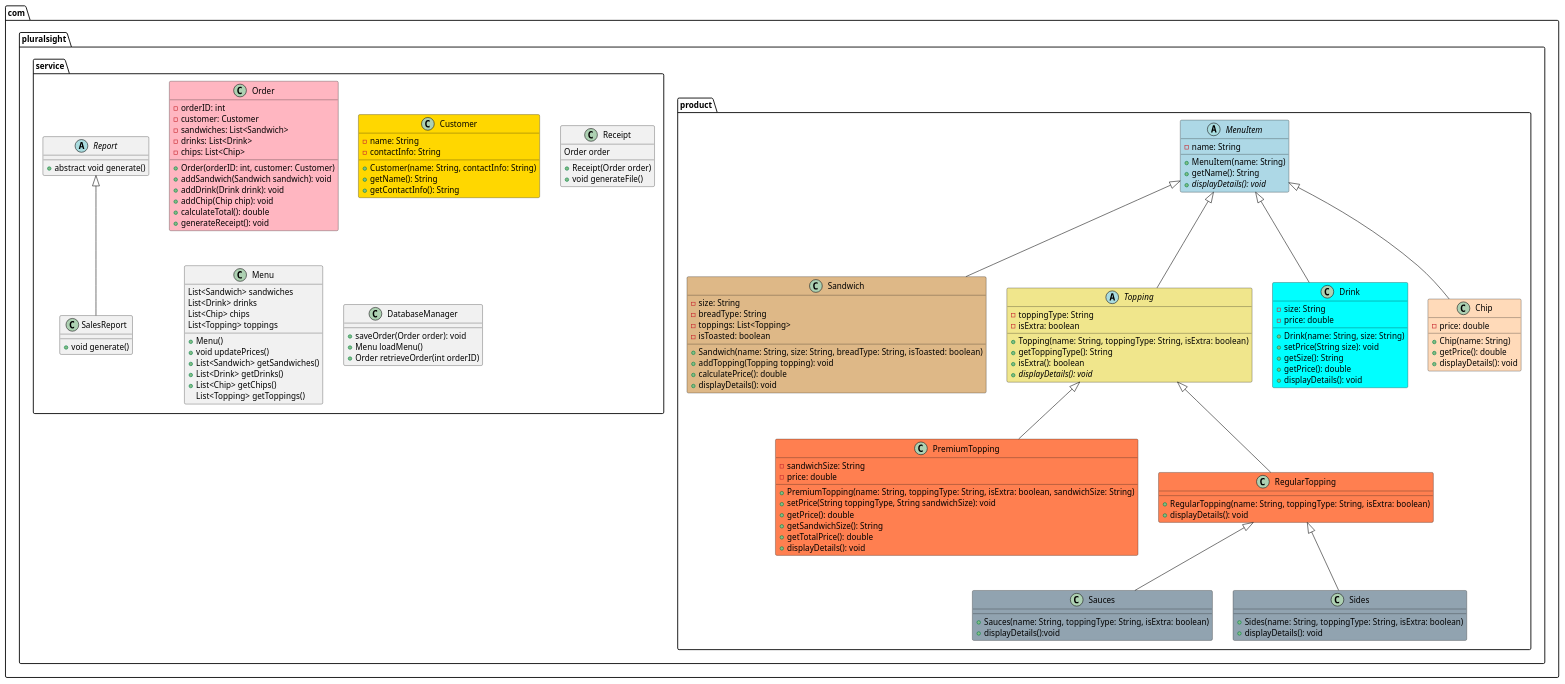
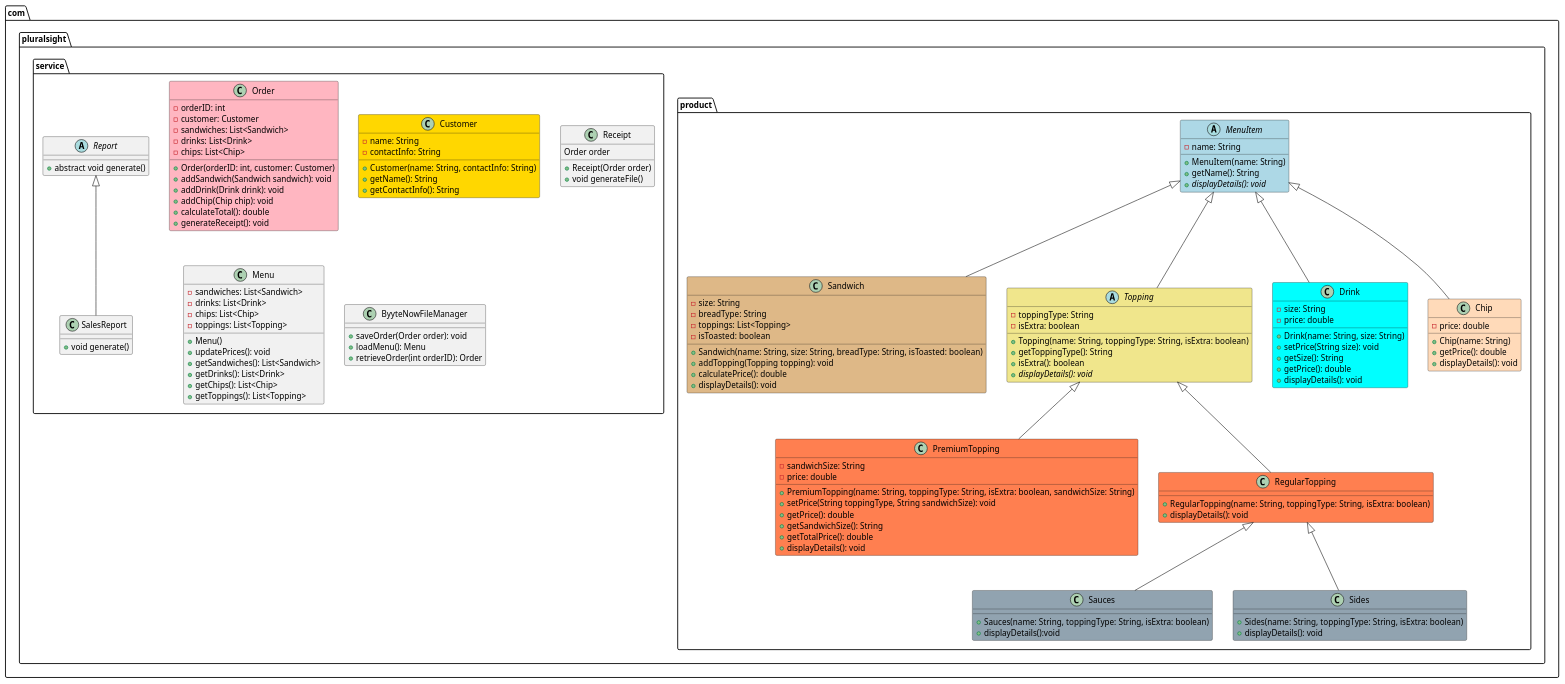
One commit to Ptunda/byyte-now changed the diagram in src/main/java/com/pluralsight/byyte-now.puml. Above: the diagram before and after it, drawn with PlantUML. The commit also changed 1 other file, not shown here.

Commit message:
Added customize method in the Sandwich class

```diff
--- a/src/main/java/com/pluralsight/byyte-now.puml
+++ b/src/main/java/com/pluralsight/byyte-now.puml
@@ -1,156 +1,156 @@
 @startuml
 package com.pluralsight{
 
 package com.pluralsight.product{
 
 abstract class MenuItem #lightblue{
 -name: String
 
 +MenuItem(name: String)
 +getName(): String
 +{abstract} displayDetails(): void
 
 }
 
 class Sandwich #DEB887 extends MenuItem{
 -size: String
 -breadType: String
 -toppings: List<Topping>
 -isToasted: boolean
 
 +Sandwich(name: String, size: String, breadType: String, isToasted: boolean)
 +addTopping(Topping topping): void
 +calculatePrice(): double
 +displayDetails(): void
 }
 
 abstract class Topping #F0E68C extends MenuItem {
 -toppingType: String
 -isExtra: boolean
 +Topping(name: String, toppingType: String, isExtra: boolean)
 +getToppingType(): String
 +isExtra(): boolean
 +{abstract} displayDetails(): void
 }
 
 class Drink #00FFFF extends MenuItem {
 -size: String
 -price: double
 
 +Drink(name: String, size: String)
 +setPrice(String size): void
 +getSize(): String
 +getPrice(): double
 +displayDetails(): void
 }
 
 class Chip #FFDAB9 extends MenuItem {
 -price: double
 
 +Chip(name: String)
 +getPrice(): double
 +displayDetails(): void
 }
 
 
 class PremiumTopping #FF7F50 extends Topping {
 -sandwichSize: String
 -price: double
 +PremiumTopping(name: String, toppingType: String, isExtra: boolean, sandwichSize: String)
 +setPrice(String toppingType, String sandwichSize): void
 +getPrice(): double
 +getSandwichSize(): String
 +getTotalPrice(): double
 +displayDetails(): void
 }
 
 class RegularTopping #FF7F50 extends Topping {
 +RegularTopping(name: String, toppingType: String, isExtra: boolean)
 +displayDetails(): void
 }
 
 class Sauces #91A3B0 extends RegularTopping{
 
 +Sauces(name: String, toppingType: String, isExtra: boolean)
 +displayDetails():void
 
 }
 
 class Sides #91A3B0 extends RegularTopping{
 
 +Sides(name: String, toppingType: String, isExtra: boolean)
 +displayDetails(): void
 }
 
 
 }
 
 package com.pluralsight.service{
 
 class Order #FFB6C1 {
 -orderID: int
 -customer: Customer
 -sandwiches: List<Sandwich>
 -drinks: List<Drink>
 -chips: List<Chip>
 
 +Order(orderID: int, customer: Customer)
 +addSandwich(Sandwich sandwich): void
 +addDrink(Drink drink): void
 +addChip(Chip chip): void
 +calculateTotal(): double
 +generateReceipt(): void
 }
 
 class Customer #FFD700{
 -name: String
 -contactInfo: String
 
 +Customer(name: String, contactInfo: String)
 +getName(): String
 +getContactInfo(): String
 }
 
 abstract class Report {
 +abstract void generate()
 }
 
 
 class Receipt {
 Order order
 
 +Receipt(Order order)
 +void generateFile()
 }
 
 class SalesReport extends Report {
 +void generate()
 }
 
 class Menu {
-List<Sandwich> sandwiches
-List<Drink> drinks
-List<Chip> chips
-List<Topping> toppings
+-sandwiches: List<Sandwich>
+-drinks: List<Drink>
+-chips: List<Chip>
+-toppings: List<Topping>
 
 + Menu()
-+void updatePrices()
-+List<Sandwich> getSandwiches()
-+List<Drink> getDrinks()
-+List<Chip> getChips()
-List<Topping> getToppings()
++updatePrices(): void
++getSandwiches(): List<Sandwich>
++getDrinks(): List<Drink>
++getChips(): List<Chip>
++getToppings(): List<Topping>
 }
 
-class DatabaseManager {
+class ByyteNowFileManager {
 +saveOrder(Order order): void
-+Menu loadMenu()
-+Order retrieveOrder(int orderID)
++loadMenu(): Menu
++retrieveOrder(int orderID): Order
 }
 
 
 }
 
 }
 
 
 @enduml
```
